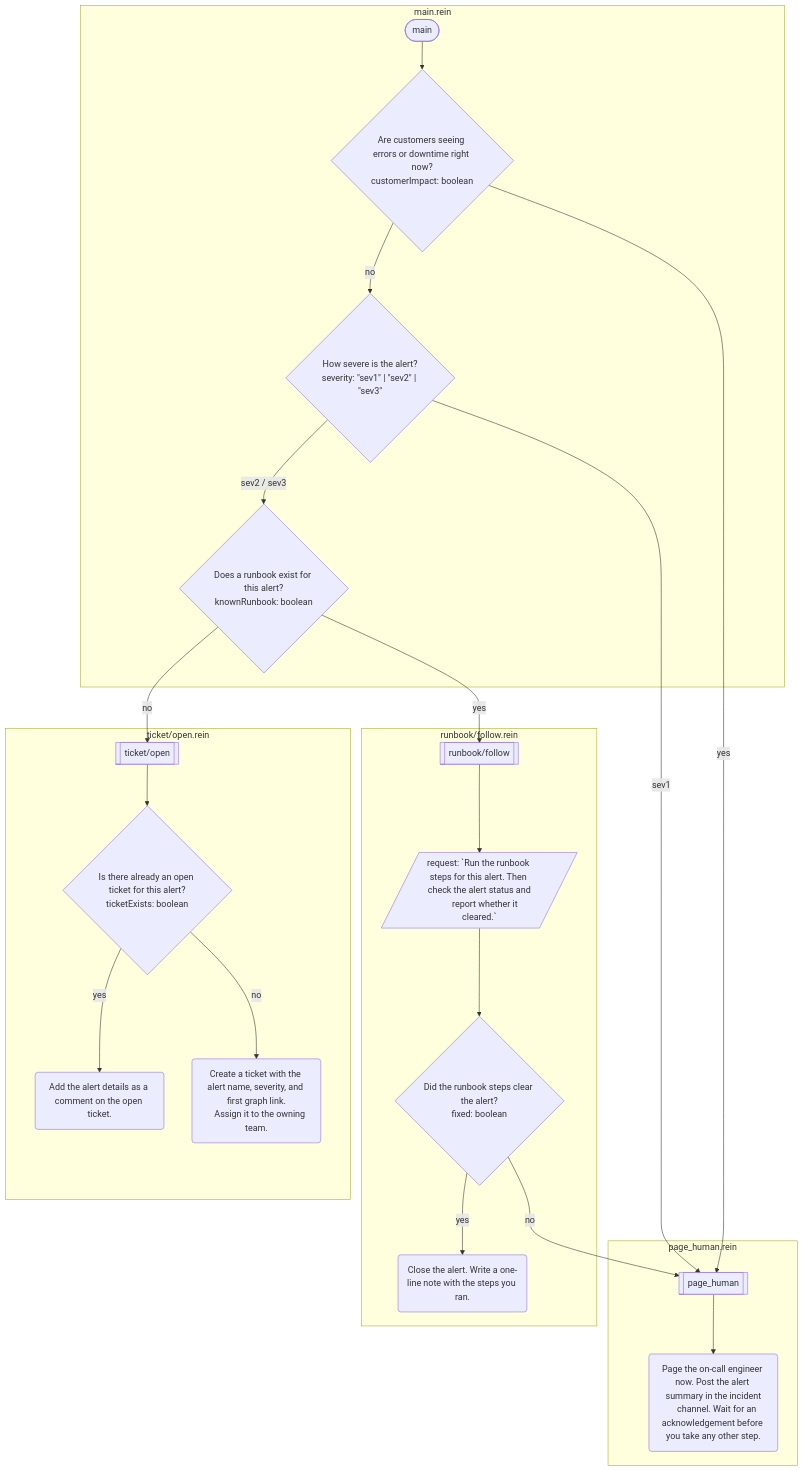
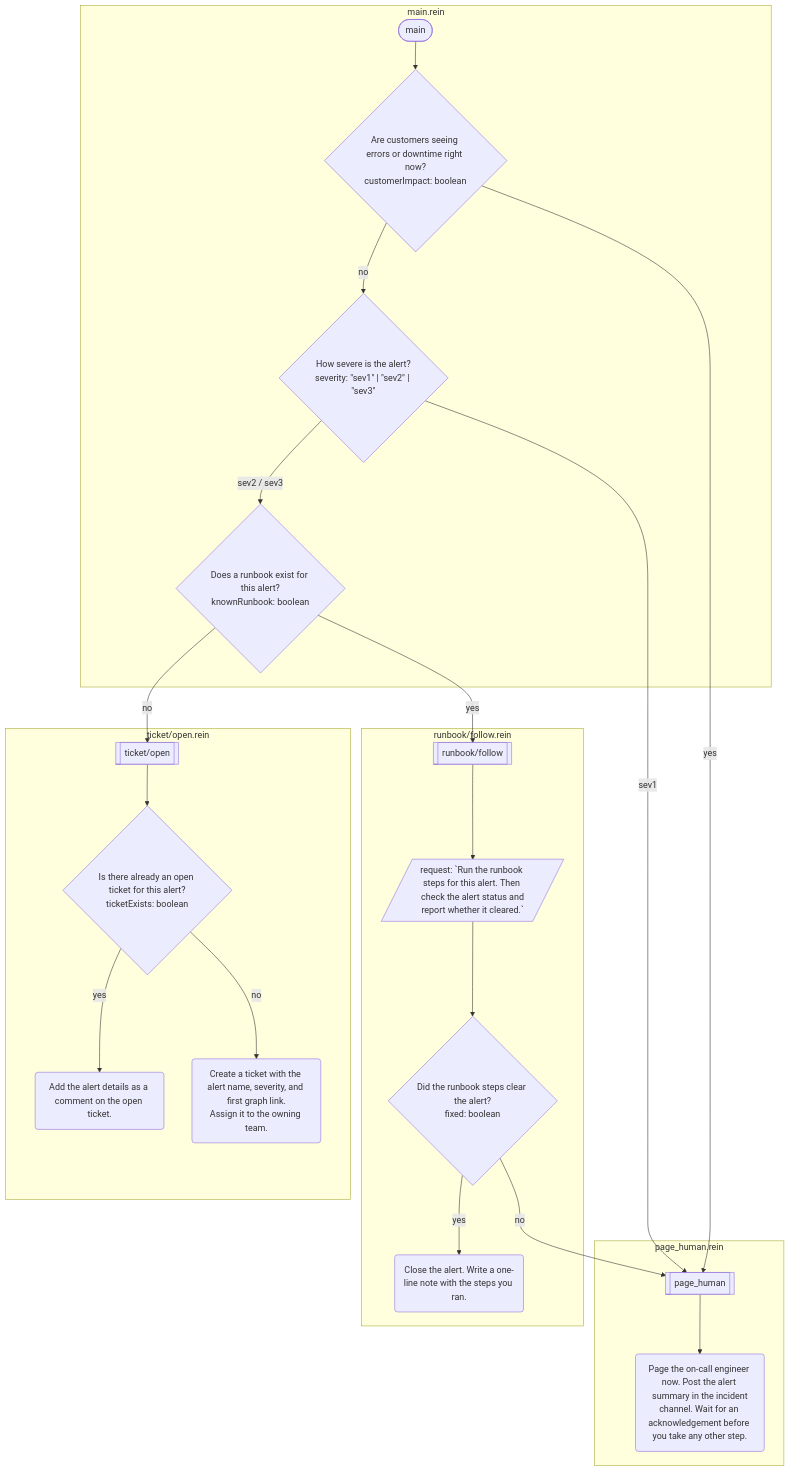
Before and after one commit to rein-lang/rein: the diagram in website/docs/examples/incident-triage.md, drawn with Mermaid. The commit also changed 18 other files, not shown here.

````diff
--- a/website/docs/examples/incident-triage.md
+++ b/website/docs/examples/incident-triage.md
@@ -11,40 +11,40 @@
 ```mermaid
 flowchart TD
     subgraph s0 ["main.rein"]
         f0(["main"])
         f0_0{"Are customers seeing errors or downtime right now?<br/>customerImpact: boolean"}
         f0_1{"How severe is the alert?<br/>severity: #quot;sev1#quot; | #quot;sev2#quot; | #quot;sev3#quot;"}
         f0_2{"Does a runbook exist for this alert?<br/>knownRunbook: boolean"}
     end
     subgraph s1 ["page_human.rein"]
         f1[["page_human"]]
-        f1_0("Page the on-call engineer now. Post the alert summary in the incident<br/>    channel. Wait for an acknowledgement before you take any other step.")
+        f1_0("Page the on-call engineer now. Post the alert summary in the incident<br/>channel. Wait for an acknowledgement before you take any other step.")
     end
     subgraph s2 ["runbook/follow.rein"]
         f2[["runbook/follow"]]
-        f2_0[/"request: #96;Run the runbook steps for this alert. Then check the alert status and<br/>      report whether it cleared.#96;"/]
+        f2_0[/"request: #96;Run the runbook steps for this alert. Then check the alert status and<br/>report whether it cleared.#96;"/]
         f2_1{"Did the runbook steps clear the alert?<br/>fixed: boolean"}
         f2_2("Close the alert. Write a one-line note with the steps you ran.")
     end
     subgraph s3 ["ticket/open.rein"]
         f3[["ticket/open"]]
         f3_0{"Is there already an open ticket for this alert?<br/>ticketExists: boolean"}
         f3_1("Add the alert details as a comment on the open ticket.")
-        f3_2("Create a ticket with the alert name, severity, and first graph link.<br/>    Assign it to the owning team.")
+        f3_2("Create a ticket with the alert name, severity, and first graph link.<br/>Assign it to the owning team.")
     end
     f0 --> f0_0
     f0_0 -->|"yes"| f1
     f0_0 -->|"no"| f0_1
     f0_1 -->|"sev1"| f1
     f0_1 -->|"sev2 / sev3"| f0_2
     f0_2 -->|"yes"| f2
     f0_2 -->|"no"| f3
     f1 --> f1_0
     f2 --> f2_0
     f2_0 --> f2_1
     f2_1 -->|"yes"| f2_2
     f2_1 -->|"no"| f1
     f3 --> f3_0
     f3_0 -->|"yes"| f3_1
     f3_0 -->|"no"| f3_2
 ```
````
